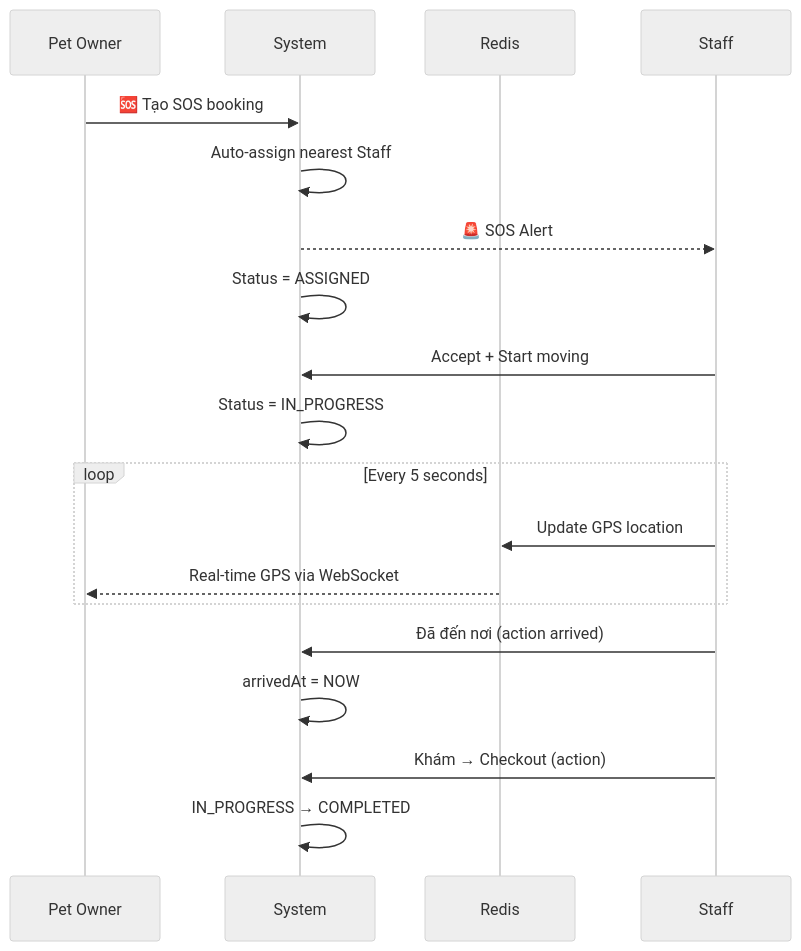
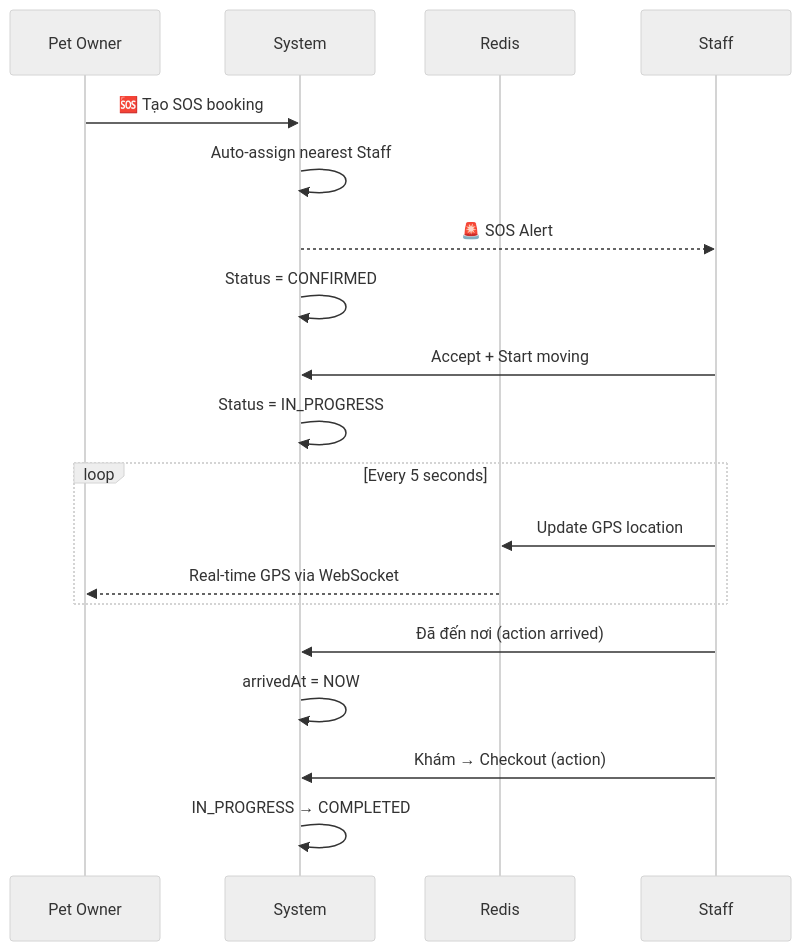
Before and after one commit to espresso23/Petties-Veterinary-Appointment-Booking-Platform: the fourth of 5 diagrams in docs-references/documentation/BOOKING_WORKFLOW.md, drawn with Mermaid (neutral theme). The commit also changed other lines of this file and 21 other files, not shown here.

````diff
--- a/docs-references/documentation/BOOKING_WORKFLOW.md
+++ b/docs-references/documentation/BOOKING_WORKFLOW.md
@@ -149,26 +147,26 @@
 ```mermaid
 sequenceDiagram
     participant PO as Pet Owner
     participant S as System
     participant R as Redis
     participant V as Staff
 
     PO->>S: 🆘 Tạo SOS booking
     S->>S: Auto-assign nearest Staff
     S-->>V: 🚨 SOS Alert
-    S->>S: Status = ASSIGNED
+    S->>S: Status = CONFIRMED
 
     V->>S: Accept + Start moving
     S->>S: Status = IN_PROGRESS
 
     loop Every 5 seconds
         V->>R: Update GPS location
         R-->>PO: Real-time GPS via WebSocket
     end
 
     V->>S: Đã đến nơi (action arrived)
     S->>S: arrivedAt = NOW
 
     V->>S: Khám → Checkout (action)
     S->>S: IN_PROGRESS → COMPLETED
 ```
````
